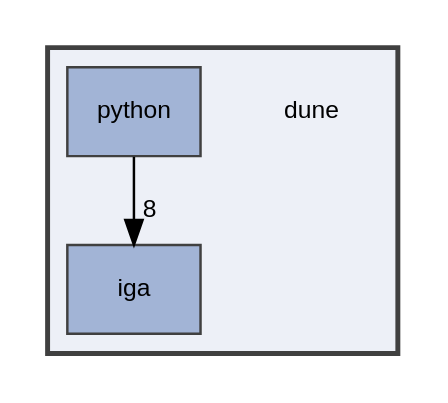
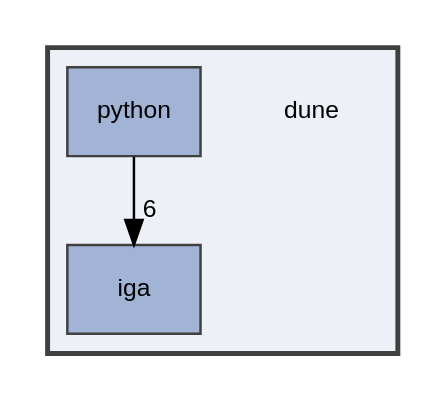
Before and after one commit to rath3t/dune-iga-doc: the diagram in dir_5e69be5995c9f5d42bf491ae6f29600e_dep.dot, drawn with Graphviz. The commit also changed 1684 other files, not shown here.

```diff
--- a/dir_5e69be5995c9f5d42bf491ae6f29600e_dep.dot
+++ b/dir_5e69be5995c9f5d42bf491ae6f29600e_dep.dot
@@ -1,14 +1,14 @@
 digraph "dune"
 {
  // LATEX_PDF_SIZE
   edge [fontname="Helvetica",fontsize="10",labelfontname="Helvetica",labelfontsize="10"];
   node [fontname="Helvetica",fontsize="10",shape=record];
   compound=true
   subgraph clusterdir_5e69be5995c9f5d42bf491ae6f29600e {
     graph [ bgcolor="#edf0f7", pencolor="grey25", style="filled,bold,", label="", fontname="Helvetica", fontsize="10", URL="dir_5e69be5995c9f5d42bf491ae6f29600e.html"]
     dir_5e69be5995c9f5d42bf491ae6f29600e [shape=plaintext, label="dune"];
   dir_d2a3c23294a1b1015b1b8e8721ddded8 [shape=box, label="iga", style="filled,", fillcolor="#a2b4d6", color="grey25", URL="dir_d2a3c23294a1b1015b1b8e8721ddded8.html"];
   dir_e42d0074801678c644b0e137d50ef233 [shape=box, label="python", style="filled,", fillcolor="#a2b4d6", color="grey25", URL="dir_e42d0074801678c644b0e137d50ef233.html"];
   }
-  dir_e42d0074801678c644b0e137d50ef233->dir_d2a3c23294a1b1015b1b8e8721ddded8 [headlabel="8", labeldistance=1.5 headhref="dir_000015_000009.html"];
+  dir_e42d0074801678c644b0e137d50ef233->dir_d2a3c23294a1b1015b1b8e8721ddded8 [headlabel="6", labeldistance=1.5 headhref="dir_000008_000005.html"];
 }
```
